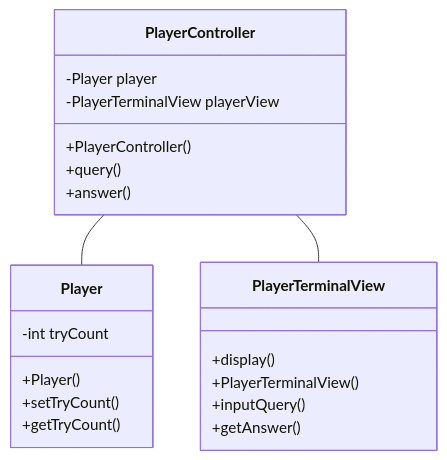
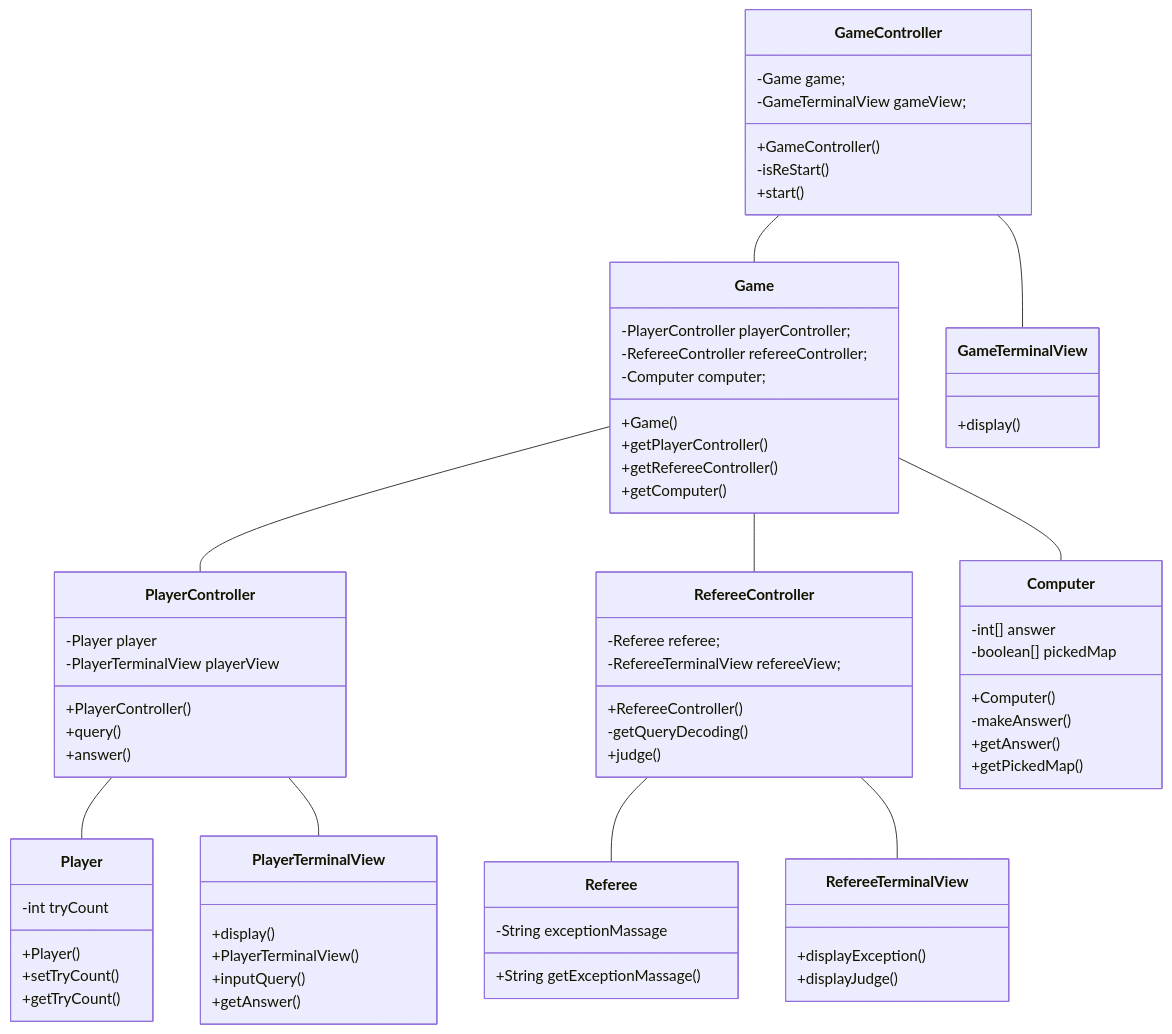
The diagram in docs/README.md (woowacourse-precourse/java-baseball-6), drawn with Mermaid before and after one commit. The commit also changed other lines of this file, not shown here.

Commit message:
docs : modify diagram

````diff
--- a/docs/README.md
+++ b/docs/README.md
@@ -15,27 +15,80 @@
 ```mermaid
 classDiagram
+    GameController -- Game
+    GameController -- GameTerminalView
+
+    Game -- PlayerController
+    Game -- RefereeController
+    Game -- Computer
+
     PlayerController -- Player
     PlayerController -- PlayerTerminalView
+
+    RefereeController -- Referee
+    RefereeController -- RefereeTerminalView
+
+    class Computer{
+        -int[] answer
+        -boolean[] pickedMap
+        +Computer()
+        -makeAnswer()
+        +getAnswer()
+        +getPickedMap()
+    }
 
     class Player{
         -int tryCount
         +Player()
         +setTryCount()
         +getTryCount()
     }
     class PlayerTerminalView{
         +display()
         +PlayerTerminalView()
         +inputQuery()
         +getAnswer()
     }
     class PlayerController{
         -Player player
         -PlayerTerminalView playerView
         +PlayerController()
         +query()
         +answer()
     }
 
+    class Referee {
+        -String exceptionMassage
+        +String getExceptionMassage()
+    }
+    class RefereeTerminalView {
+        +displayException()
+        +displayJudge()
+    }
+    class RefereeController {
+        -Referee referee;
+        -RefereeTerminalView refereeView;
+        +RefereeController()
+        -getQueryDecoding()
+        +judge()
+    }
 
+    class Game {
+        -PlayerController playerController;
+        -RefereeController refereeController;
+        -Computer computer;
+        +Game()
+        +getPlayerController()
+        +getRefereeController()
+        +getComputer()
+    }
+    class GameTerminalView {
+        +display()
+    }
+    class GameController {
+        -Game game;
+        -GameTerminalView gameView;
+        +GameController()
+        -isReStart()
+        +start()
+    }
 ```
````
